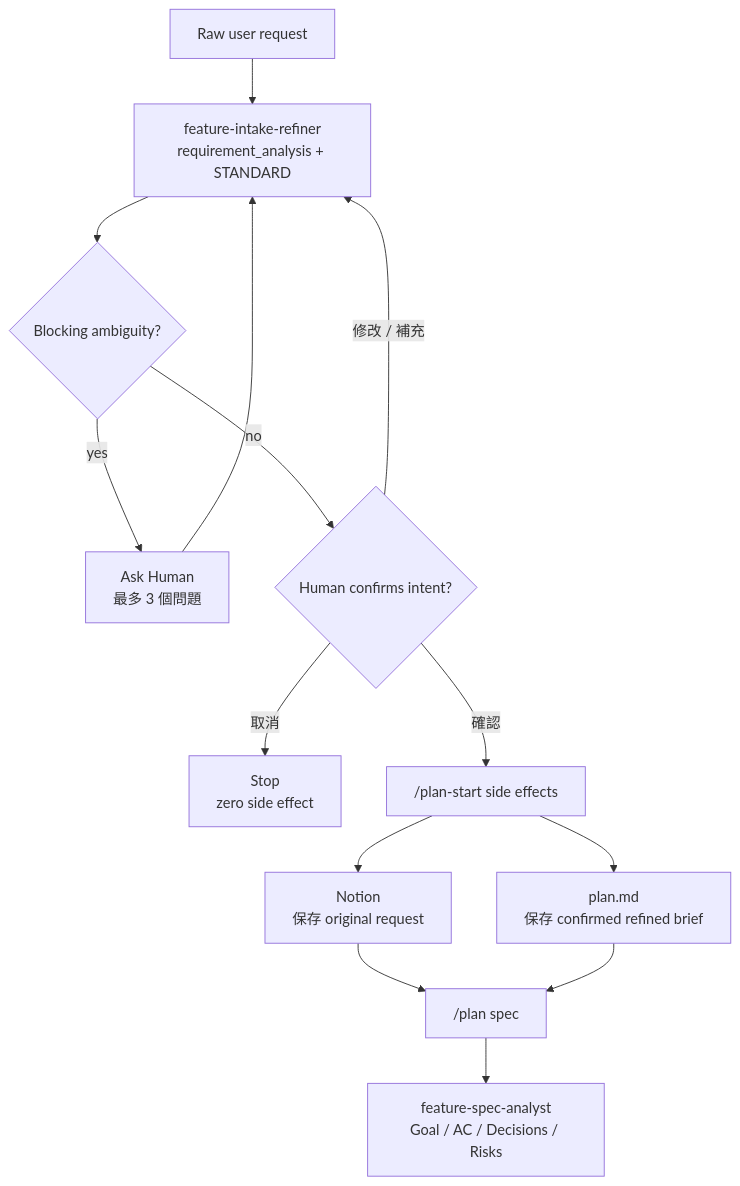
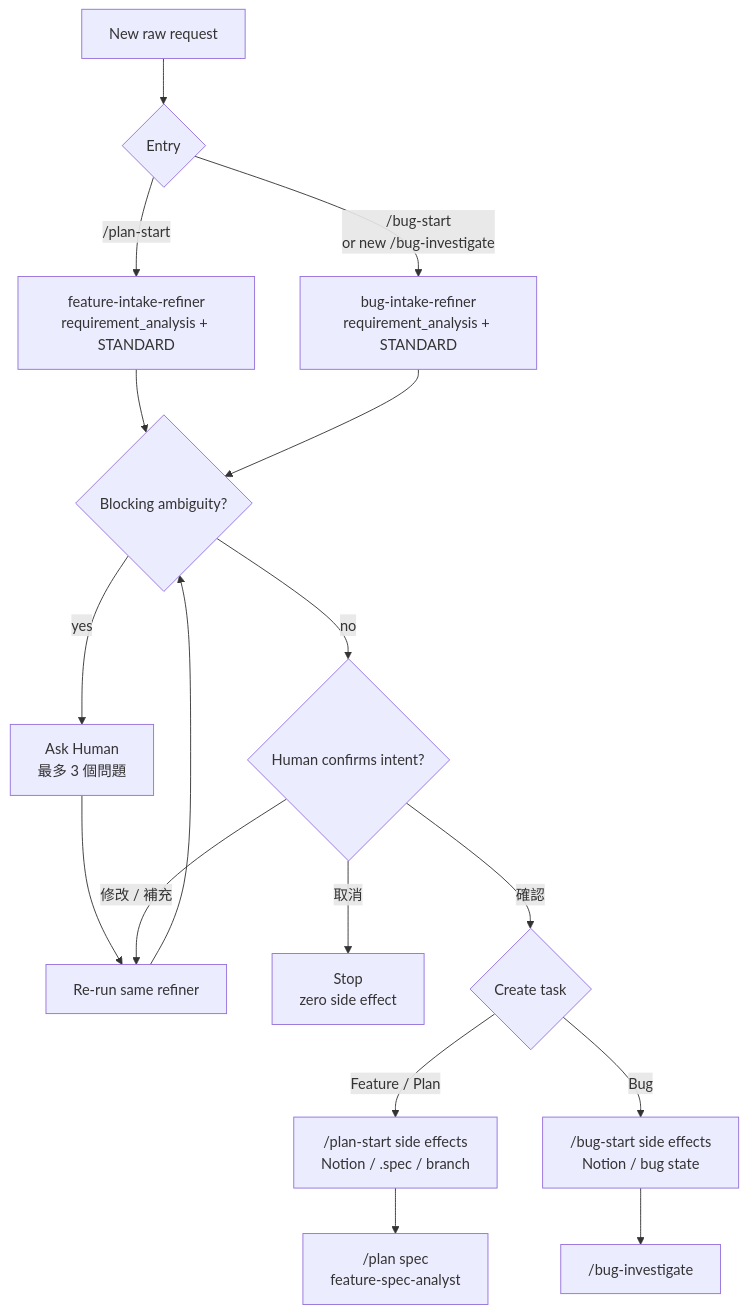
One commit to mark22013333/crew changed the second of 5 diagrams in README.md. Above: the diagram before and after it, drawn with Mermaid. The commit also changed other lines of this file and 3 other files, not shown here.

Commit message:
docs: document shared Bug and Plan intake

````diff
--- a/README.md
+++ b/README.md
@@ -166,16 +166,19 @@
 ```mermaid
 flowchart TD
-    Raw["Raw user request"] --> Refiner["feature-intake-refiner<br/>requirement_analysis + STANDARD"]
-    Refiner --> Blocking{"Blocking ambiguity?"}
+    Raw["New raw request"] --> Kind{"Entry"}
+    Kind -- "/plan-start" --> FRefiner["feature-intake-refiner<br/>requirement_analysis + STANDARD"]
+    Kind -- "/bug-start<br/>or new /bug-investigate" --> BRefiner["bug-intake-refiner<br/>requirement_analysis + STANDARD"]
+    FRefiner --> Blocking{"Blocking ambiguity?"}
+    BRefiner --> Blocking
     Blocking -- "yes" --> Ask["Ask Human<br/>最多 3 個問題"]
-    Ask --> Refiner
+    Ask --> Retry["Re-run same refiner"]
+    Retry --> Blocking
     Blocking -- "no" --> Confirm{"Human confirms intent?"}
-    Confirm -- "修改 / 補充" --> Refiner
+    Confirm -- "修改 / 補充" --> Retry
     Confirm -- "取消" --> Stop["Stop<br/>zero side effect"]
-    Confirm -- "確認" --> Start["/plan-start side effects"]
-    Start --> Original["Notion<br/>保存 original request"]
-    Start --> Refined["plan.md<br/>保存 confirmed refined brief"]
-    Original --> Spec["/plan spec"]
-    Refined --> Spec
-    Spec --> Analyst["feature-spec-analyst<br/>Goal / AC / Decisions / Risks"]
+    Confirm -- "確認" --> Create{"Create task"}
+    Create -- "Feature / Plan" --> Plan["/plan-start side effects<br/>Notion / .spec / branch"]
+    Create -- "Bug" --> Bug["/bug-start side effects<br/>Notion / bug state"]
+    Plan --> Spec["/plan spec<br/>feature-spec-analyst"]
+    Bug --> Investigate["/bug-investigate"]
 ```
````
